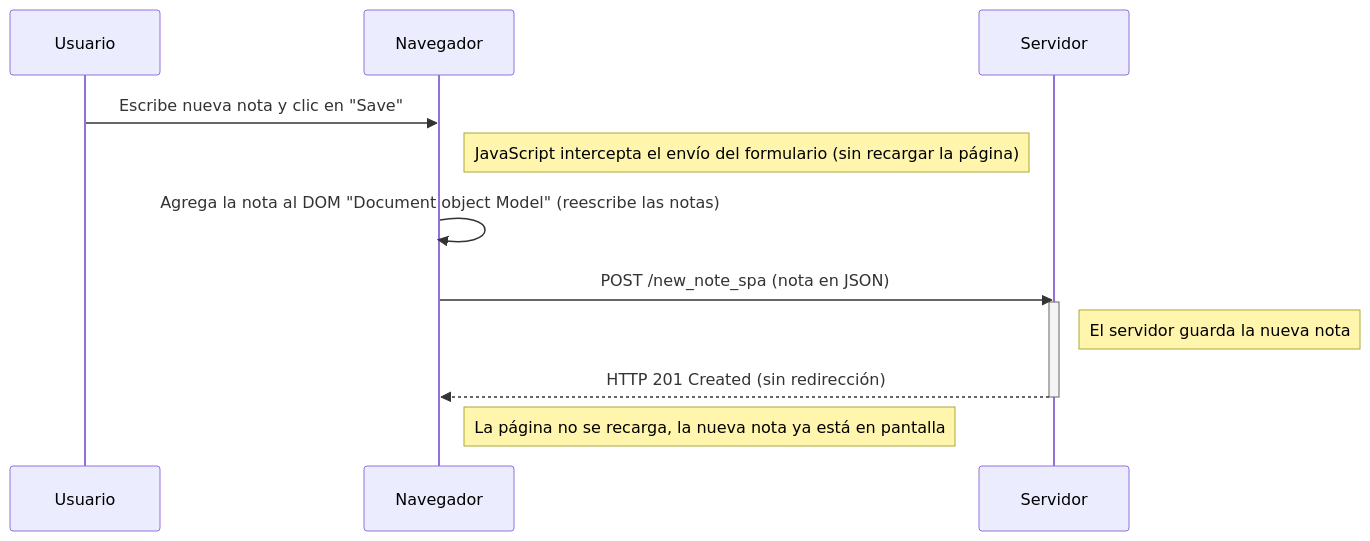
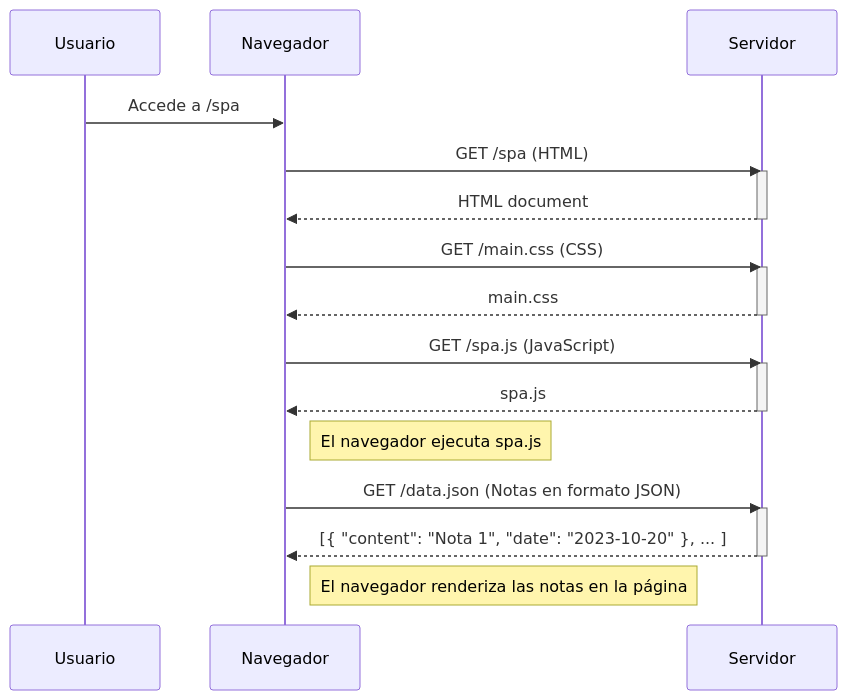
One commit to xing01/FullStackOpenYang changed the diagram in part0/SinglePageAppDiagram.md. Above: the diagram before and after it, drawn with Mermaid. The commit also changed other lines of this file and 1 other file, not shown here.

Commit message:
New note on SPA diagram

````diff
--- a/part0/SinglePageAppDiagram.md
+++ b/part0/SinglePageAppDiagram.md
@@ -3,21 +3,32 @@
 ```mermaid
 sequenceDiagram
     participant user as Usuario
     participant browser as Navegador
     participant server as Servidor
 
-    user->>browser: Escribe nueva nota y clic en "Save"
-    
-    Note right of browser: JavaScript intercepta el envío del formulario (sin recargar la página)
-
-    browser->>browser: Agrega la nota al DOM "Document object Model" (reescribe las notas)
-
-    browser->>server: POST /new_note_spa (nota en JSON)
+    user->>browser: Accede a /spa
+    browser->>server: GET /spa (HTML)
     activate server
-    Note right of server: El servidor guarda la nueva nota
-
-    server-->>browser: HTTP 201 Created (sin redirección)
+    server-->>browser: HTML document
     deactivate server
 
-    Note right of browser: La página no se recarga, la nueva nota ya está en pantalla
+    browser->>server: GET /main.css (CSS)
+    activate server
+    server-->>browser: main.css
+    deactivate server
+
+    browser->>server: GET /spa.js (JavaScript)
+    activate server
+    server-->>browser: spa.js
+    deactivate server
+
+    Note right of browser: El navegador ejecuta spa.js
+
+    browser->>server: GET /data.json (Notas en formato JSON)
+    activate server
+    server-->>browser: [{ "content": "Nota 1", "date": "2023-10-20" }, ... ]
+    deactivate server
+
+    Note right of browser: El navegador renderiza las notas en la página
+
 ```
````
